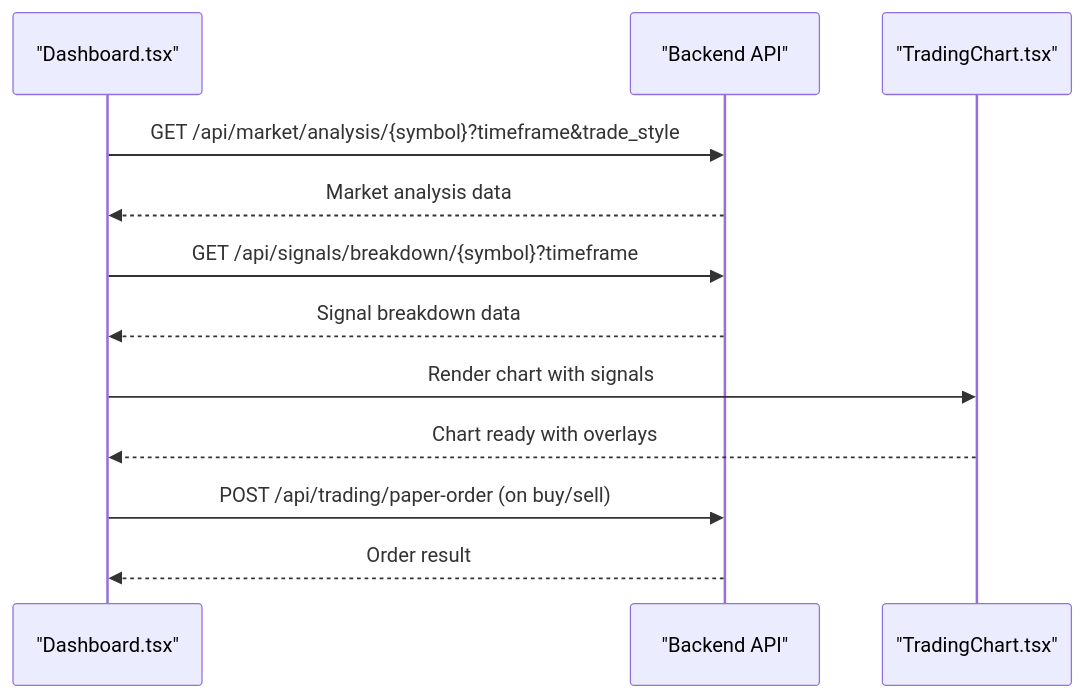
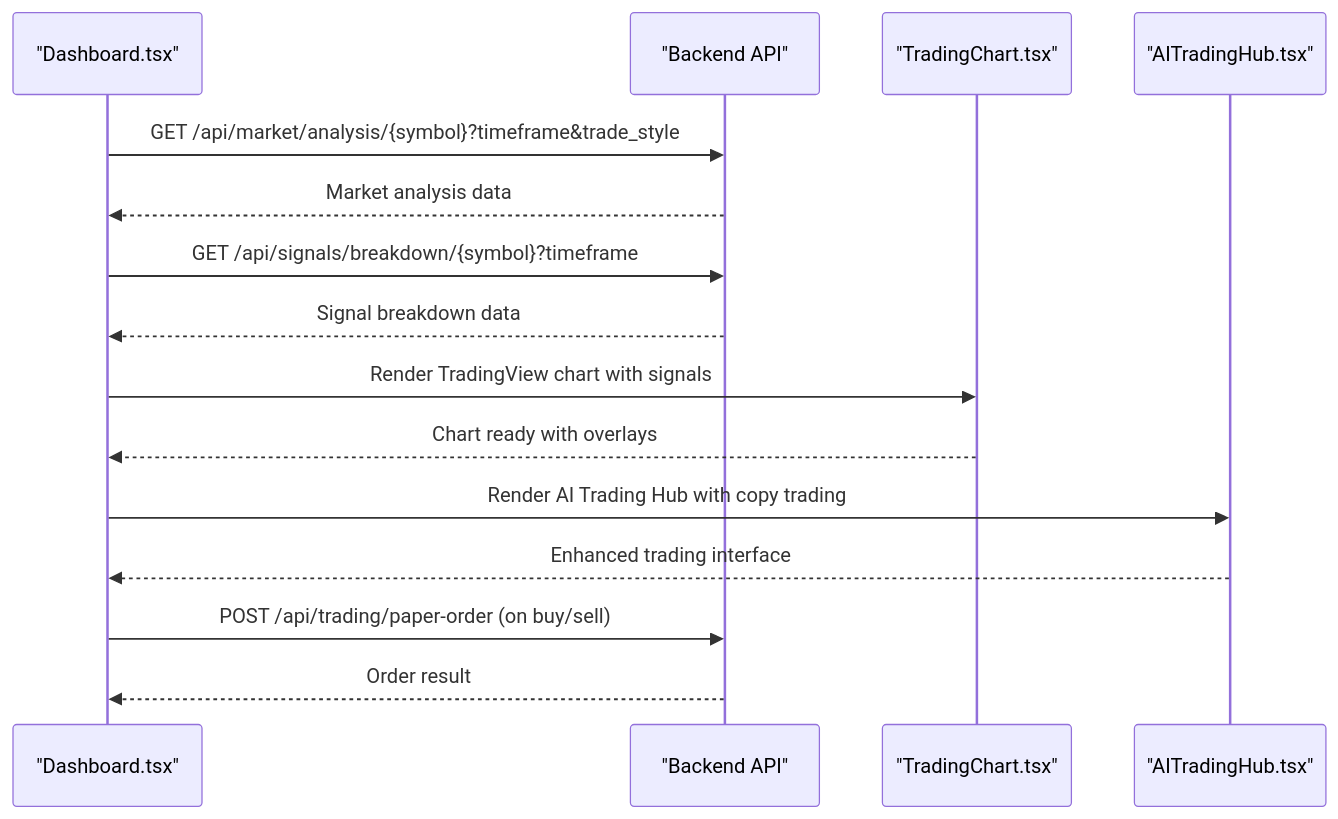
Before and after one commit to cavraeg-eng/Trading-App: the fourth of 15 diagrams in .qoder/repowiki/en/content/Project Overview/Core Features/Frontend Components.md, drawn with Mermaid. The commit also changed other lines of this file and 138 other files, not shown here.

First line of the commit message:
feat(LiveTrading): add MT5-style chart overlay for entry/SL/TP levels

````diff
--- a/.qoder/repowiki/en/content/Project Overview/Core Features/Frontend Components.md
+++ b/.qoder/repowiki/en/content/Project Overview/Core Features/Frontend Components.md
@@ -254,14 +302,17 @@
 ```mermaid
 sequenceDiagram
 participant Dash as "Dashboard.tsx"
 participant API as "Backend API"
 participant Chart as "TradingChart.tsx"
+participant AITradingHub as "AITradingHub.tsx"
 Dash->>API : GET /api/market/analysis/{symbol}?timeframe&trade_style
 API-->>Dash : Market analysis data
 Dash->>API : GET /api/signals/breakdown/{symbol}?timeframe
 API-->>Dash : Signal breakdown data
-Dash->>Chart : Render chart with signals
+Dash->>Chart : Render TradingView chart with signals
 Chart-->>Dash : Chart ready with overlays
+Dash->>AITradingHub : Render AI Trading Hub with copy trading
+AITradingHub-->>Dash : Enhanced trading interface
 Dash->>API : POST /api/trading/paper-order (on buy/sell)
 API-->>Dash : Order result
 ```
````
